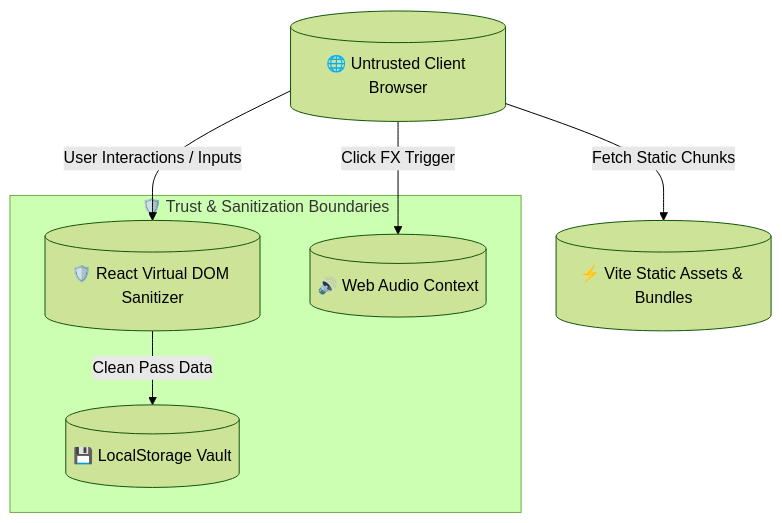
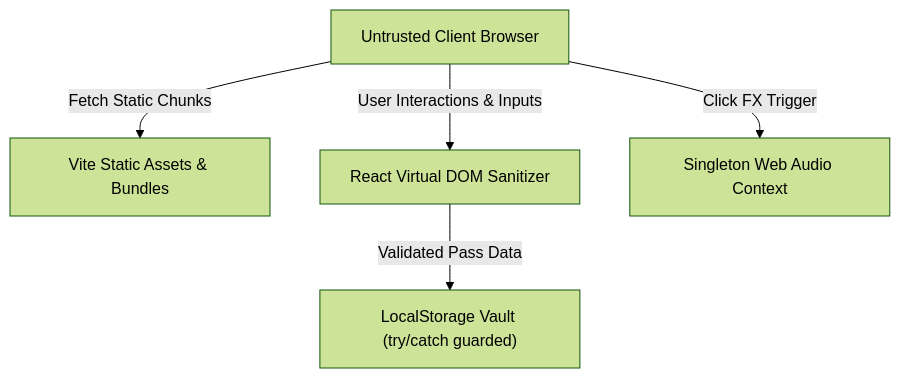
One commit to Dilkhushkumardev/TechySheikhpura changed the diagram in docs/SECURITY.md. Above: the diagram before and after it, drawn with Mermaid (forest theme). The commit also changed other lines of this file and 20 other files, not shown here.

````diff
--- a/docs/SECURITY.md
+++ b/docs/SECURITY.md
@@ -13,19 +13,13 @@
 ```mermaid
 flowchart TD
-    Client[("🌐 Untrusted Client Browser")]
-    CDN[("⚡ Vite Static Assets & Bundles")]
-    DOM[("🛡️ React Virtual DOM Sanitizer")]
-    Storage[("💾 LocalStorage Vault")]
-    AudioEngine[("🔊 Web Audio Context")]
+    Client["Untrusted Client Browser"]
+    CDN["Vite Static Assets & Bundles"]
+    DOM["React Virtual DOM Sanitizer"]
+    Storage["LocalStorage Vault (try/catch guarded)"]
+    AudioEngine["Singleton Web Audio Context"]
 
-    Client -->|User Interactions / Inputs| DOM
+    Client -->|User Interactions & Inputs| DOM
     Client -->|Fetch Static Chunks| CDN
-    DOM -->|Clean Pass Data| Storage
+    DOM -->|Validated Pass Data| Storage
     Client -->|Click FX Trigger| AudioEngine
-
-    subgraph Boundaries["🛡️ Trust & Sanitization Boundaries"]
-        DOM
-        Storage
-        AudioEngine
-    end
 ```
````
